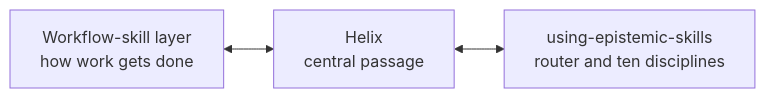
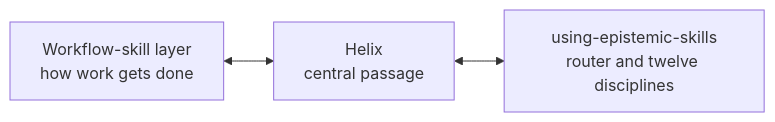
The first of 2 diagrams in README.md (ZMS-Labs/epistemic-skills), drawn with Mermaid before and after one commit. The commit also changed other lines of this file and 21 other files, not shown here.

````diff
--- a/README.md
+++ b/README.md
@@ -105,5 +105,5 @@
 ```mermaid
 flowchart LR
     W["Workflow-skill layer<br/>how work gets done"] <--> H["Helix<br/>central passage"]
-    H <--> E["using-epistemic-skills<br/>router and ten disciplines"]
+    H <--> E["using-epistemic-skills<br/>router and twelve disciplines"]
 ```
````
